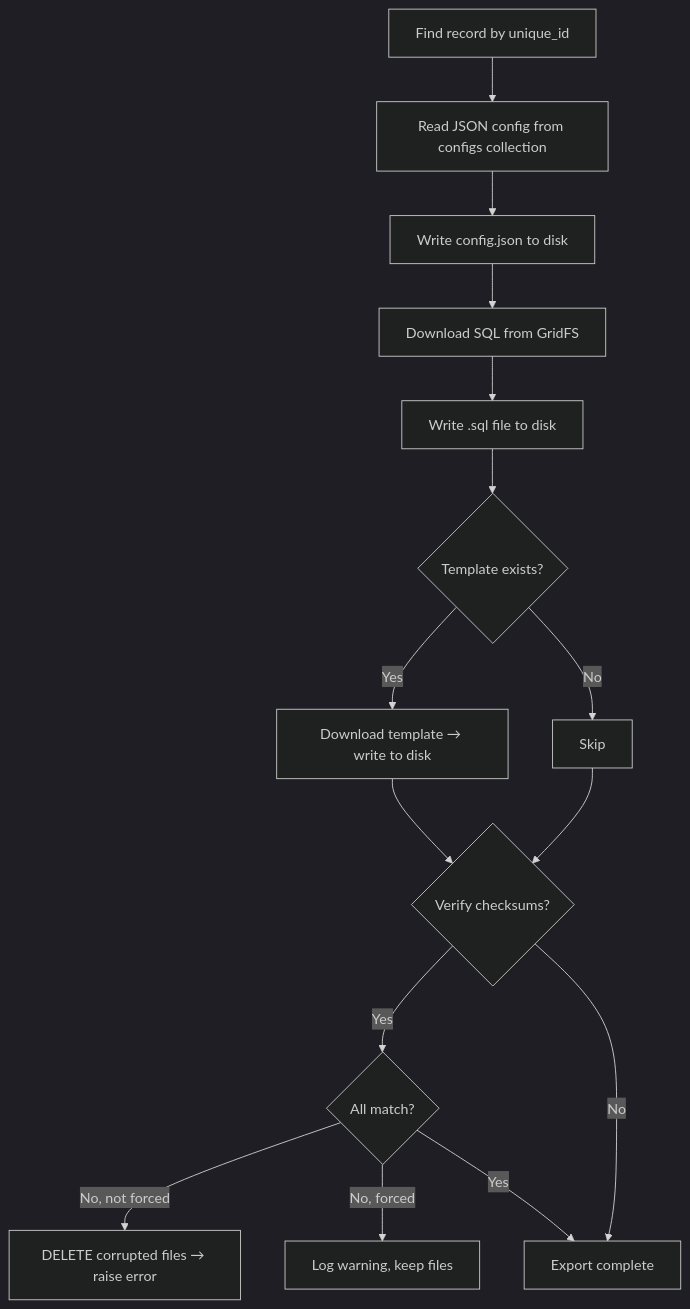
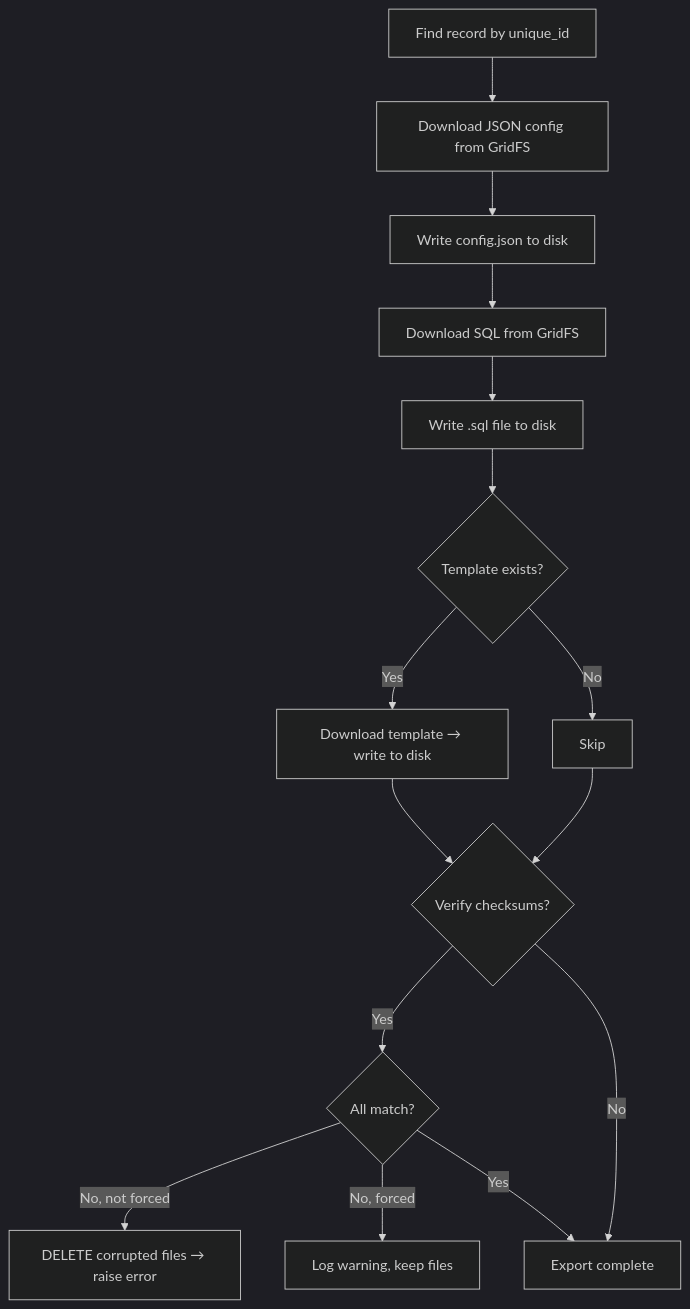
The fourth of 4 diagrams in README.md (uktentu/mongo_file_manager), drawn with Mermaid (dark theme) before and after one commit. The commit also changed other lines of this file, not shown here.

Commit message:
docs(readme): update architecture schemas and deployment instructions

````diff
--- a/README.md
+++ b/README.md
@@ -252,17 +240,17 @@
 ```mermaid
 flowchart TD
-    A["Find record by unique_id"] --> B["Read JSON config from configs collection"]
+    A["Find record by unique_id"] --> B["Download JSON config from GridFS"]
     B --> C["Write config.json to disk"]
     C --> D["Download SQL from GridFS"]
     D --> E["Write .sql file to disk"]
     E --> F{"Template exists?"}
     F -- Yes --> G["Download template → write to disk"]
     F -- No --> H["Skip"]
     G --> I{"Verify checksums?"}
     H --> I
     I -- Yes --> J{"All match?"}
     J -- No, not forced --> K["DELETE corrupted files → raise error"]
     J -- No, forced --> L["Log warning, keep files"]
     J -- Yes --> M["Export complete"]
     I -- No --> M
 ```
````
